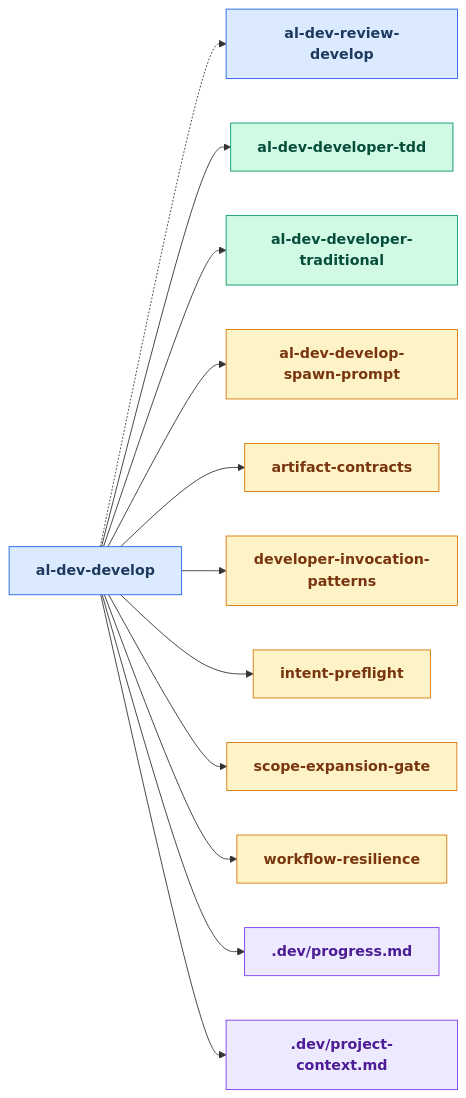
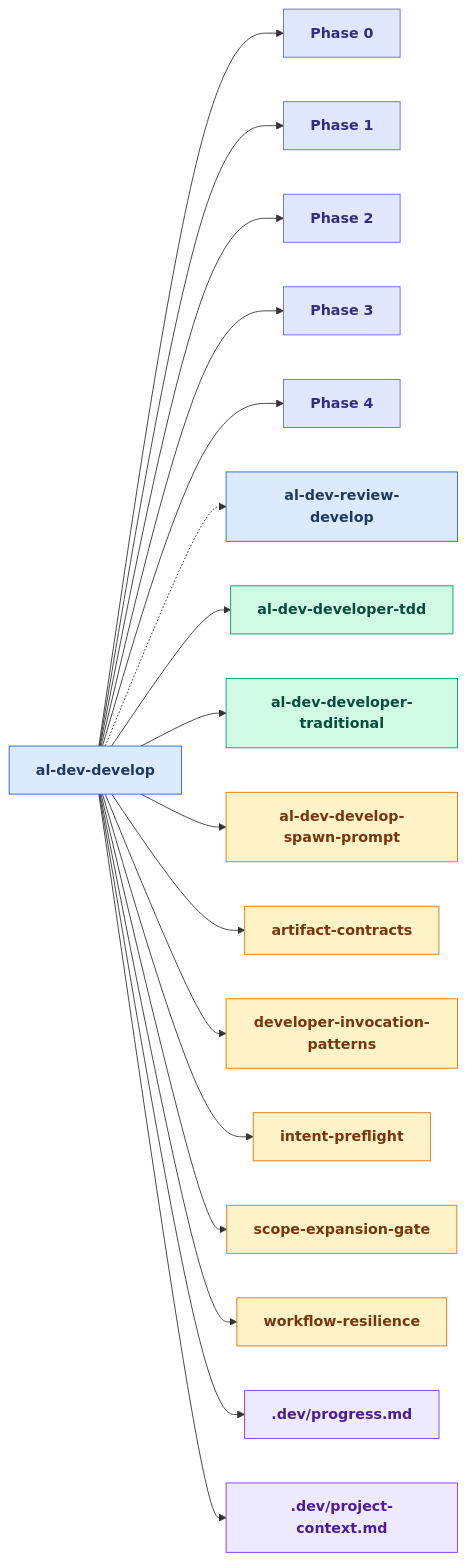
One commit to russell-laing/al-dev-shared changed the eighth of 25 diagrams in docs/al-dev-skills-map.md. Above: the diagram before and after it, drawn with Mermaid. The commit also changed other lines of this file and 1 other file, not shown here.

First line of the commit message:
feat: generate Phase<N> nodes in skill drilldown diagrams

````diff
--- a/docs/al-dev-skills-map.md
+++ b/docs/al-dev-skills-map.md
@@ -351,45 +414,61 @@
 ```mermaid
 flowchart LR
     classDef skillNode fill:#dbeafe,stroke:#2563eb,color:#1e3a5f,font-weight:bold
     classDef agentNode fill:#d1fae5,stroke:#059669,color:#064e3b,font-weight:bold
     classDef knowledgeNode fill:#fef3c7,stroke:#d97706,color:#78350f,font-weight:bold
     classDef artifactNode fill:#ede9fe,stroke:#7c3aed,color:#4c1d95,font-weight:bold
+    classDef phaseNode fill:#e0e7ff,stroke:#6366f1,color:#312e81,font-weight:bold
 
     skill_al_dev_develop[al-dev-develop]
+    Phase0["Phase 0"]
+    Phase1["Phase 1"]
+    Phase2["Phase 2"]
+    Phase3["Phase 3"]
+    Phase4["Phase 4"]
     skill_al_dev_review_develop[al-dev-review-develop]
     agent_al_dev_developer_tdd[al-dev-developer-tdd]
     agent_al_dev_developer_traditional[al-dev-developer-traditional]
     knowledge_al_dev_develop_spawn_prompt_md[al-dev-develop-spawn-prompt]
     knowledge_artifact_contracts_md[artifact-contracts]
     knowledge_developer_invocation_patterns_md[developer-invocation-patterns]
     knowledge_intent_preflight_md[intent-preflight]
     knowledge_scope_expansion_gate_md[scope-expansion-gate]
     knowledge_workflow_resilience_md[workflow-resilience]
     artifact_progress_md[.dev/progress.md]
     artifact_project_context_md[.dev/project-context.md]
 
+    skill_al_dev_develop --> Phase0
+    skill_al_dev_develop --> Phase1
+    skill_al_dev_develop --> Phase2
+    skill_al_dev_develop --> Phase3
+    skill_al_dev_develop --> Phase4
     skill_al_dev_develop -.-> skill_al_dev_review_develop
     skill_al_dev_develop --> agent_al_dev_developer_tdd
     skill_al_dev_develop --> agent_al_dev_developer_traditional
     skill_al_dev_develop --> knowledge_al_dev_develop_spawn_prompt_md
     skill_al_dev_develop --> knowledge_artifact_contracts_md
     skill_al_dev_develop --> knowledge_developer_invocation_patterns_md
     skill_al_dev_develop --> knowledge_intent_preflight_md
     skill_al_dev_develop --> knowledge_scope_expansion_gate_md
     skill_al_dev_develop --> knowledge_workflow_resilience_md
     skill_al_dev_develop --> artifact_progress_md
     skill_al_dev_develop --> artifact_project_context_md
 
     class skill_al_dev_develop skillNode
+    class Phase0 phaseNode
+    class Phase1 phaseNode
+    class Phase2 phaseNode
+    class Phase3 phaseNode
+    class Phase4 phaseNode
     class skill_al_dev_review_develop skillNode
     class agent_al_dev_developer_tdd agentNode
     class agent_al_dev_developer_traditional agentNode
     class knowledge_al_dev_develop_spawn_prompt_md knowledgeNode
     class knowledge_artifact_contracts_md knowledgeNode
     class knowledge_developer_invocation_patterns_md knowledgeNode
     class knowledge_intent_preflight_md knowledgeNode
     class knowledge_scope_expansion_gate_md knowledgeNode
     class knowledge_workflow_resilience_md knowledgeNode
     class artifact_progress_md artifactNode
     class artifact_project_context_md artifactNode
 ```
````
